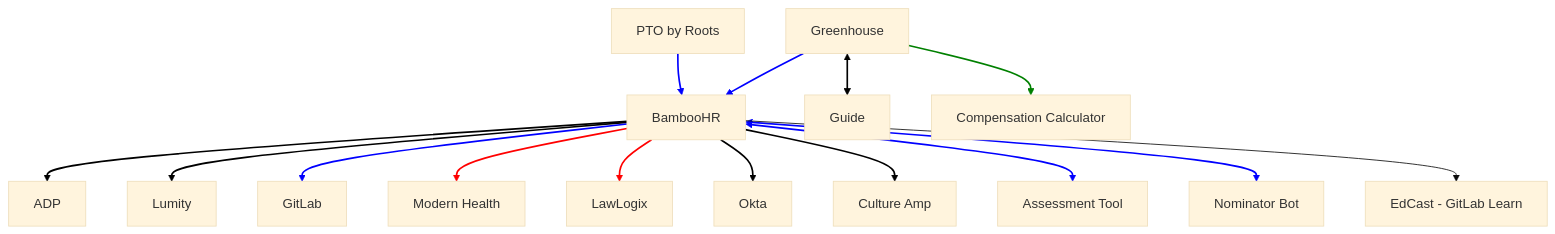
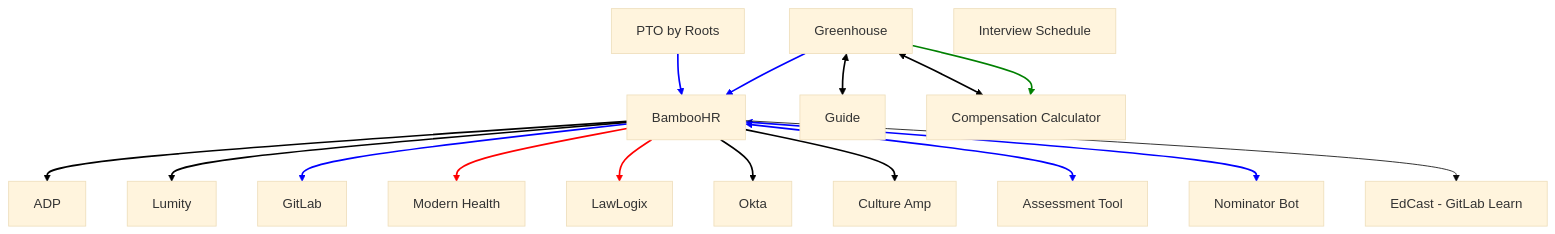
The diagram in people-group/systems-architecture/index.html.md (secretstartups/handbook), drawn with Mermaid (base theme) before and after one commit. The commit also changed other lines of this file, not shown here.

Commit message:
Add interview schedule

````diff
--- a/people-group/systems-architecture/index.html.md
+++ b/people-group/systems-architecture/index.html.md
@@ -17,49 +17,52 @@
 ```mermaid
 flowchart TD
     A[Greenhouse]
     B[BambooHR]
     C[GitLab]
     D[Modern Health]
     E[PTO by Roots]
     F[LawLogix]
     G[Okta]
     H[Culture Amp]
     I[Assessment Tool]
     J[Nominator Bot]
     K[Guide]
     L[EdCast - GitLab Learn]
     N[ADP]
     O[Lumity]
     P[Compensation Calculator]
+    Q[Interview Schedule]
 
     A --> P 
     linkStyle 0 stroke-width:2px,fill:none,stroke:green;
     A <--> K
     linkStyle 1 stroke-width:2px,fill:none,stroke:black;
 
     B --> N
     linkStyle 2 stroke-width:2px,fill:none,stroke:black;
     B --> O
     linkStyle 3 stroke-width:2px,fill:none,stroke:black;
     A --> B
     linkStyle 4 stroke-width:2px,fill:none,stroke:blue;
     B --> C
     linkStyle 5 stroke-width:2px,fill:none,stroke:blue;
     B --> D
     linkStyle 6 stroke-width:2px,fill:none,stroke:red;
     B --> F
     linkStyle 7 stroke-width:2px,fill:none,stroke:red;
     B --> G
     linkStyle 8 stroke-width:2px,fill:none,stroke:black;
     B --> H
     linkStyle 9 stroke-width:2px,fill:none,stroke:black;
     B <--> I
     linkStyle 10 stroke-width:2px,fill:none,stroke:blue;
     B <--> J
     linkStyle 11 stroke-width:2px,fill:none,stroke:blue;
 
     E --> B
     linkStyle 12 stroke-width:2px,fill:none,stroke:blue;
     
+    A <--> P
+    linkStyle 13 stroke-width:2px,fill:none,stroke:black;
     B --> L
 ```
````
